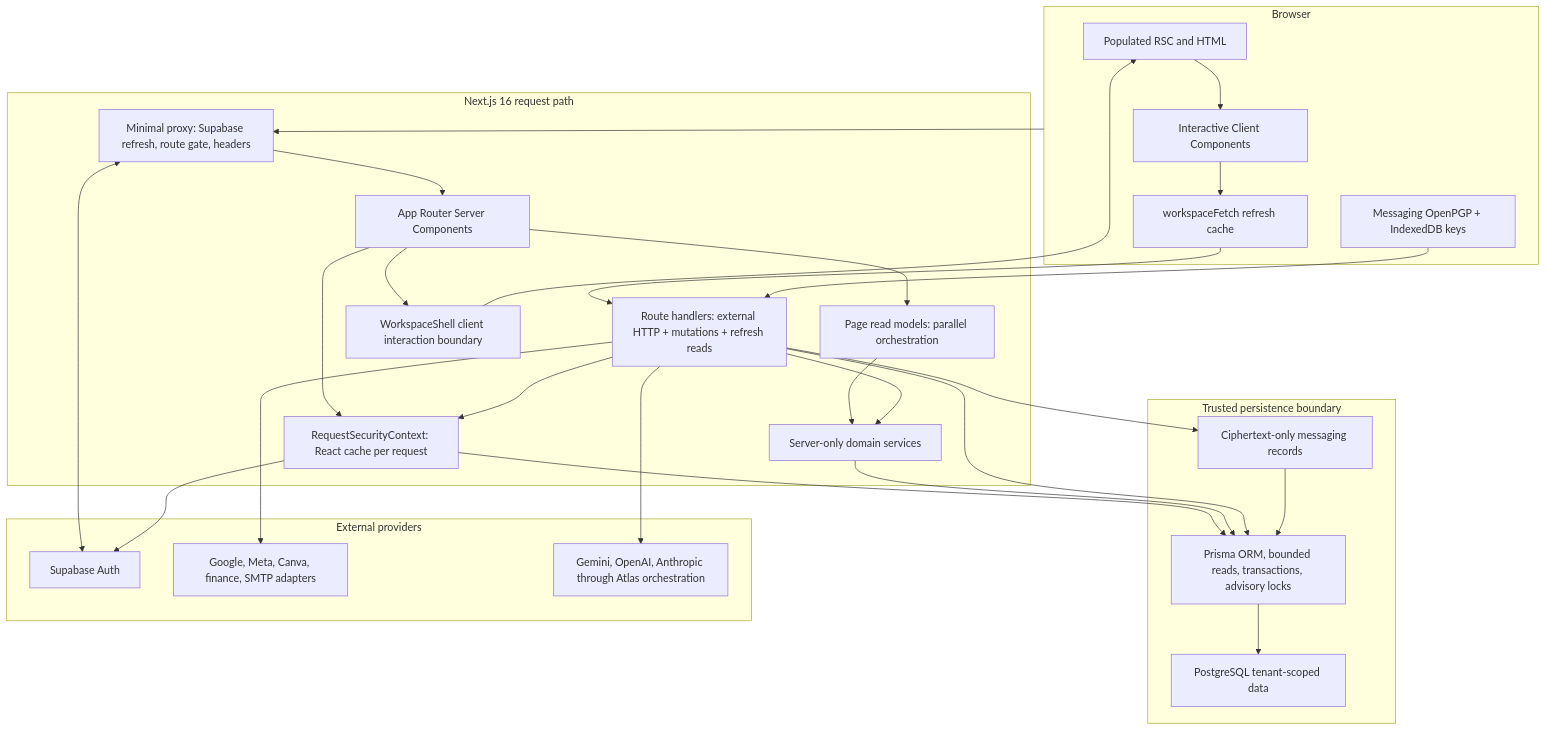
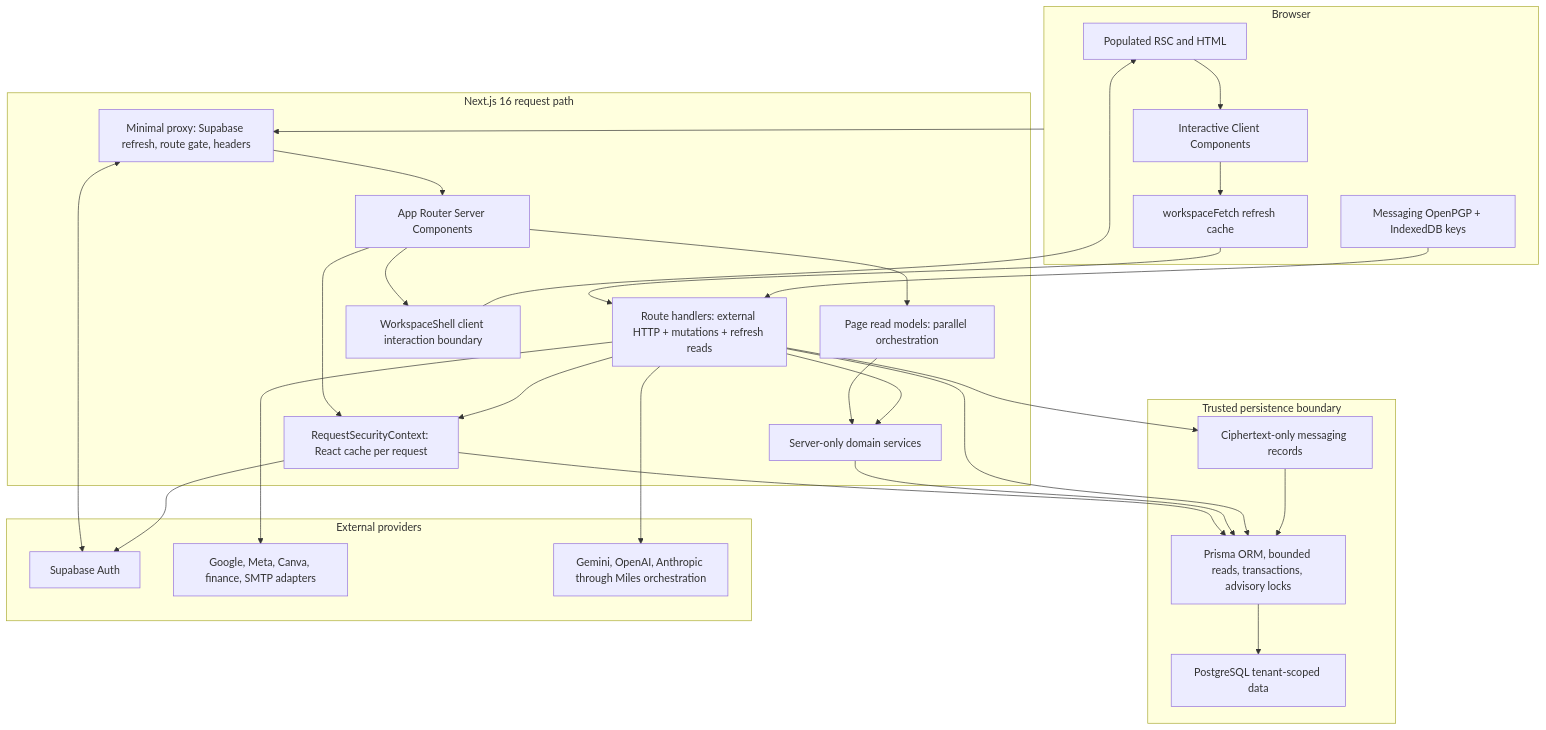
The diagram in docs/architecture/iris-os-architecture.mmd (Lohith-2523/iris-os), drawn with Mermaid before and after one commit. The commit also changed 211 other files, not shown here.

```diff
--- a/docs/architecture/iris-os-architecture.mmd
+++ b/docs/architecture/iris-os-architecture.mmd
@@ -1,53 +1,53 @@
 graph TB
   subgraph Browser["Browser"]
     RSC["Populated RSC and HTML"]
     Interactive["Interactive Client Components"]
     Cache["workspaceFetch refresh cache"]
     Crypto["Messaging OpenPGP + IndexedDB keys"]
   end
 
   subgraph Request["Next.js 16 request path"]
     Proxy["Minimal proxy: Supabase refresh, route gate, headers"]
     Router["App Router Server Components"]
     Security["RequestSecurityContext: React cache per request"]
     ReadModels["Page read models: parallel orchestration"]
     Services["Server-only domain services"]
     API["Route handlers: external HTTP + mutations + refresh reads"]
     ClientShell["WorkspaceShell client interaction boundary"]
   end
 
   subgraph Persistence["Trusted persistence boundary"]
     Prisma["Prisma ORM, bounded reads, transactions, advisory locks"]
     Postgres["PostgreSQL tenant-scoped data"]
     Ciphertext["Ciphertext-only messaging records"]
   end
 
   subgraph Providers["External providers"]
     Supabase["Supabase Auth"]
     Adapters["Google, Meta, Canva, finance, SMTP adapters"]
-    Atlas["Gemini, OpenAI, Anthropic through Atlas orchestration"]
+    Miles["Gemini, OpenAI, Anthropic through Miles orchestration"]
   end
 
   Browser --> Proxy
   Proxy <--> Supabase
   Proxy --> Router
   Router --> Security
   Security --> Supabase
   Security --> Prisma
   Router --> ReadModels
   ReadModels --> Services
   Services --> Prisma
   Prisma --> Postgres
   Router --> ClientShell
   ClientShell --> RSC
   RSC --> Interactive
   Interactive --> Cache
   Cache --> API
   API --> Security
   API --> Services
   API --> Prisma
   API --> Adapters
-  API --> Atlas
+  API --> Miles
   Crypto --> API
   API --> Ciphertext
   Ciphertext --> Prisma
```
